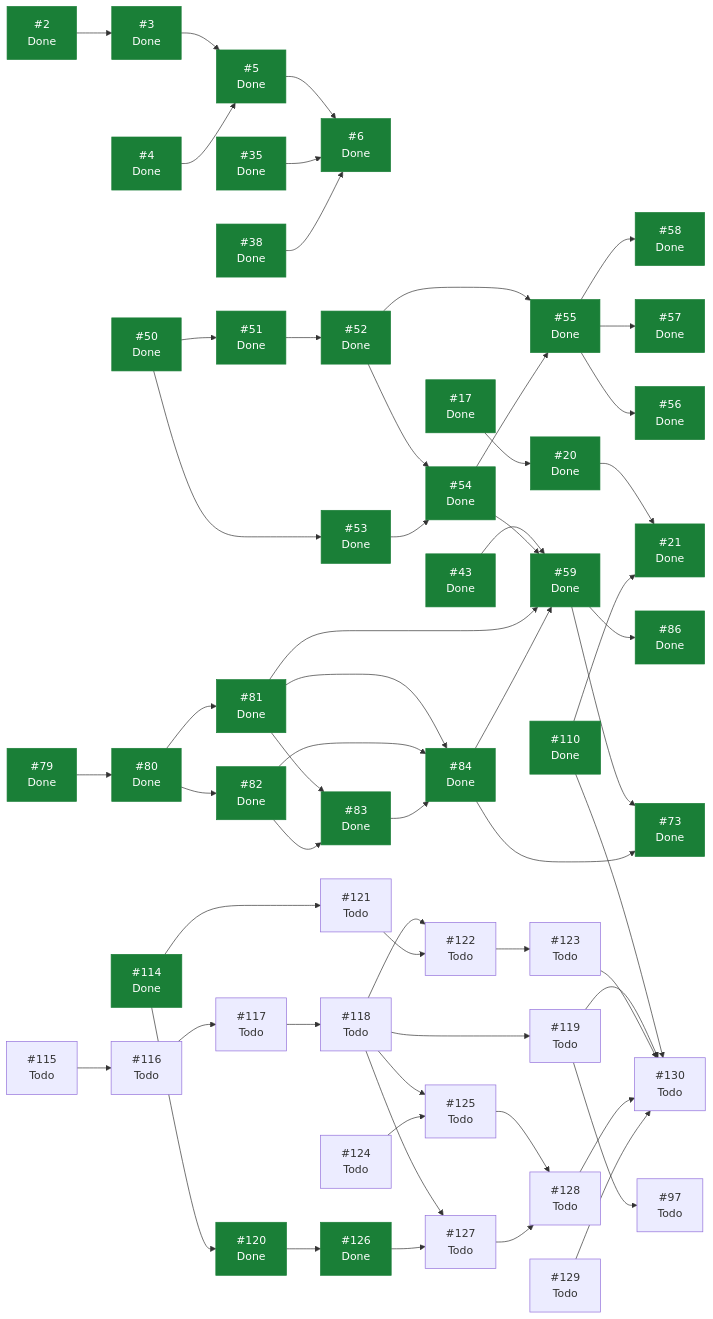
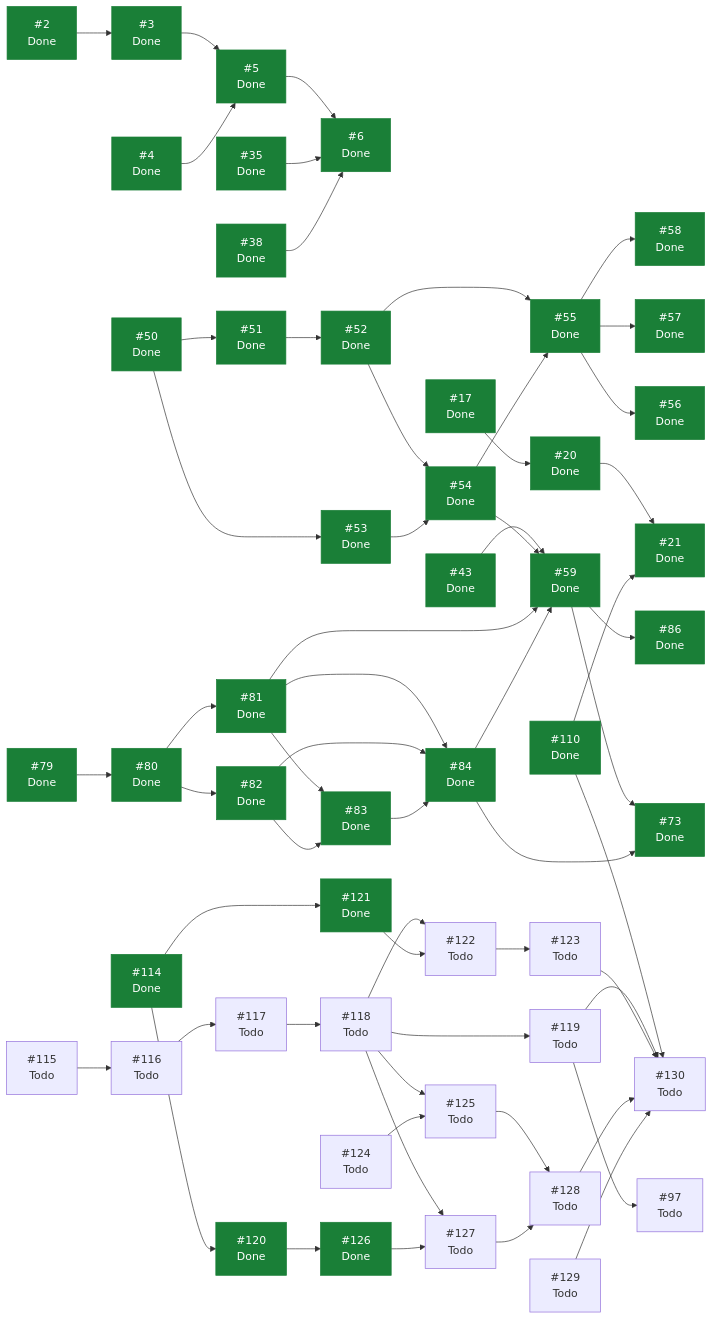
One commit to ecamp0s/evault changed the diagram in docs/planning/STATUS.md. Above: the diagram before and after it, drawn with Mermaid. The commit also changed other lines of this file, not shown here.

````diff
--- a/docs/planning/STATUS.md
+++ b/docs/planning/STATUS.md
@@ -173,7 +172,7 @@
   I118["#118<br/>Todo"]
   I119["#119<br/>Todo"]
   I120["#120<br/>Done"]
-  I121["#121<br/>Todo"]
+  I121["#121<br/>Done"]
   I122["#122<br/>Todo"]
   I123["#123<br/>Todo"]
   I124["#124<br/>Todo"]
@@ -240,5 +239,5 @@
   I128 --> I130
   I129 --> I130
   classDef hecho fill:#1a7f37,stroke:#1a7f37,color:#fff;
-  class I2,I3,I4,I5,I6,I17,I20,I21,I35,I38,I43,I50,I51,I52,I53,I54,I55,I56,I57,I58,I59,I73,I79,I80,I81,I82,I83,I84,I86,I110,I114,I120,I126 hecho;
+  class I2,I3,I4,I5,I6,I17,I20,I21,I35,I38,I43,I50,I51,I52,I53,I54,I55,I56,I57,I58,I59,I73,I79,I80,I81,I82,I83,I84,I86,I110,I114,I120,I121,I126 hecho;
 ```
````
